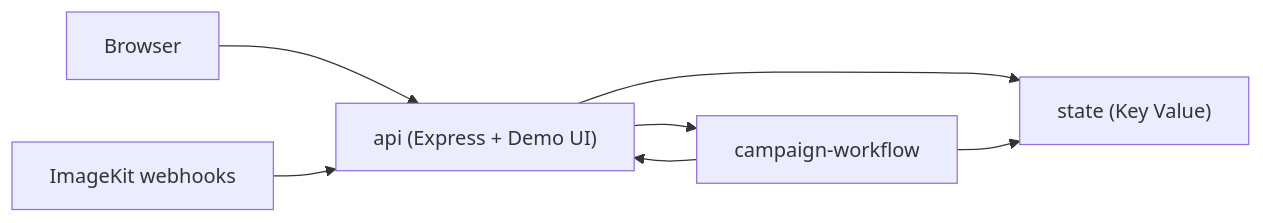
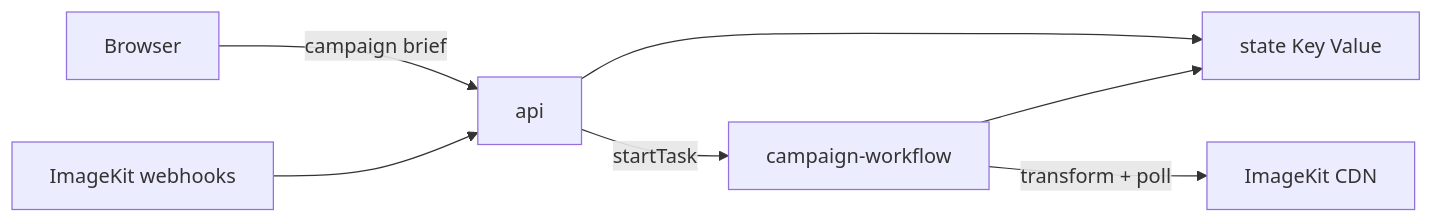
Before and after one commit to gitpichardo/creative-automation-workflow: the diagram in README.md, drawn with Mermaid. The commit also changed other lines of this file and 1 other file, not shown here.

````diff
--- a/README.md
+++ b/README.md
@@ -13,9 +13,9 @@
 ```mermaid
 flowchart LR
-  User[Browser] --> Api["api (Express + Demo UI)"]
+  User[Browser] -->|campaign brief| Api[api]
   ImageKit[ImageKit webhooks] --> Api
-  Api --> Workflow[campaign-workflow]
-  Workflow --> Api
-  Api --> State["state (Key Value)"]
+  Api -->|startTask| Workflow[campaign-workflow]
+  Api --> State[state Key Value]
   Workflow --> State
+  Workflow -->|transform + poll| IK[ImageKit CDN]
 ```
````
